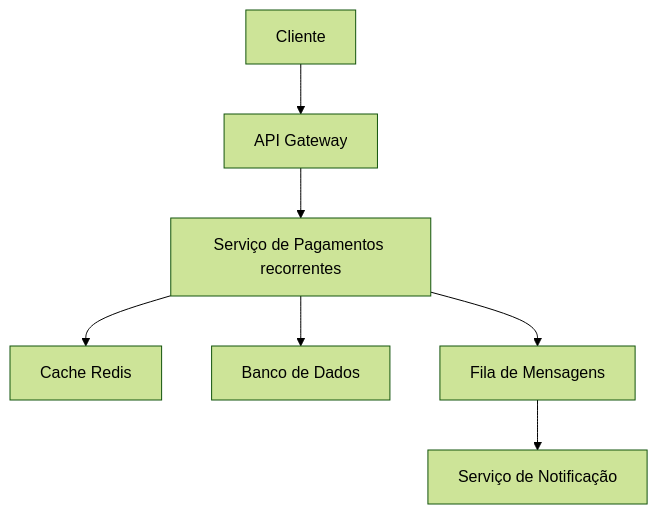
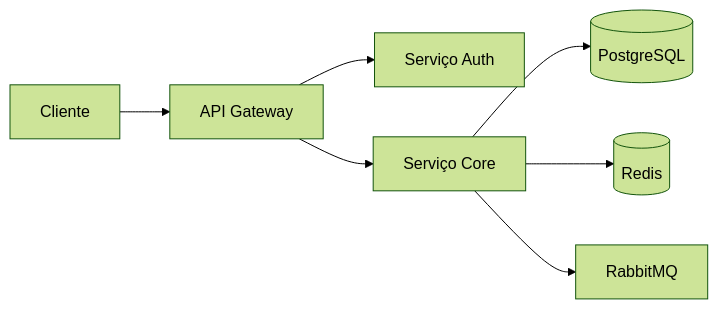
The diagram in 01-produtos/pay-airich/pagamentos-recorrentes-0097.md (aleemerich/corp-kb-ai-benchmark), drawn with Mermaid (forest theme) before and after one commit. The commit also changed other lines of this file and 2492 other files, not shown here.

````diff
--- a/01-produtos/pay-airich/pagamentos-recorrentes-0097.md
+++ b/01-produtos/pay-airich/pagamentos-recorrentes-0097.md
@@ -71,9 +15,9 @@
 ```mermaid
-graph TD
-    A[Cliente] --> B[API Gateway]
-    B --> C[Serviço de Pagamentos recorrentes]
-    C --> D[Cache Redis]
-    C --> E[Banco de Dados]
-    C --> F[Fila de Mensagens]
-    F --> G[Serviço de Notificação]
+graph LR
+    Cliente --> API[API Gateway]
+    API --> Auth[Serviço Auth]
+    API --> Core[Serviço Core]
+    Core --> DB[(PostgreSQL)]
+    Core --> Cache[(Redis)]
+    Core --> Queue[RabbitMQ]
 ```
````
